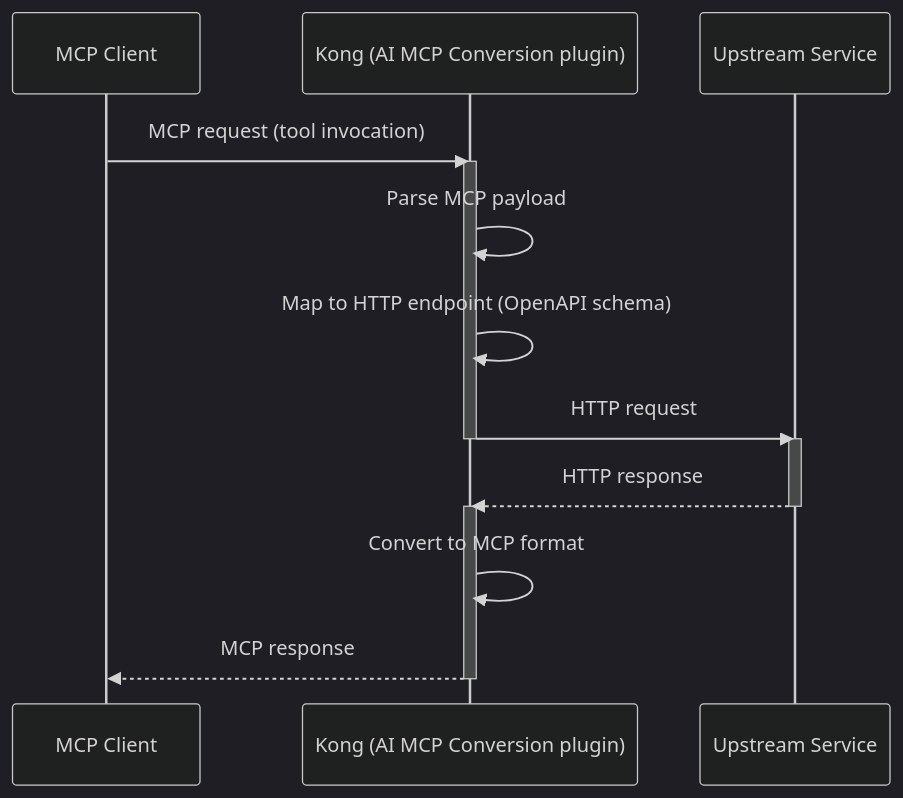
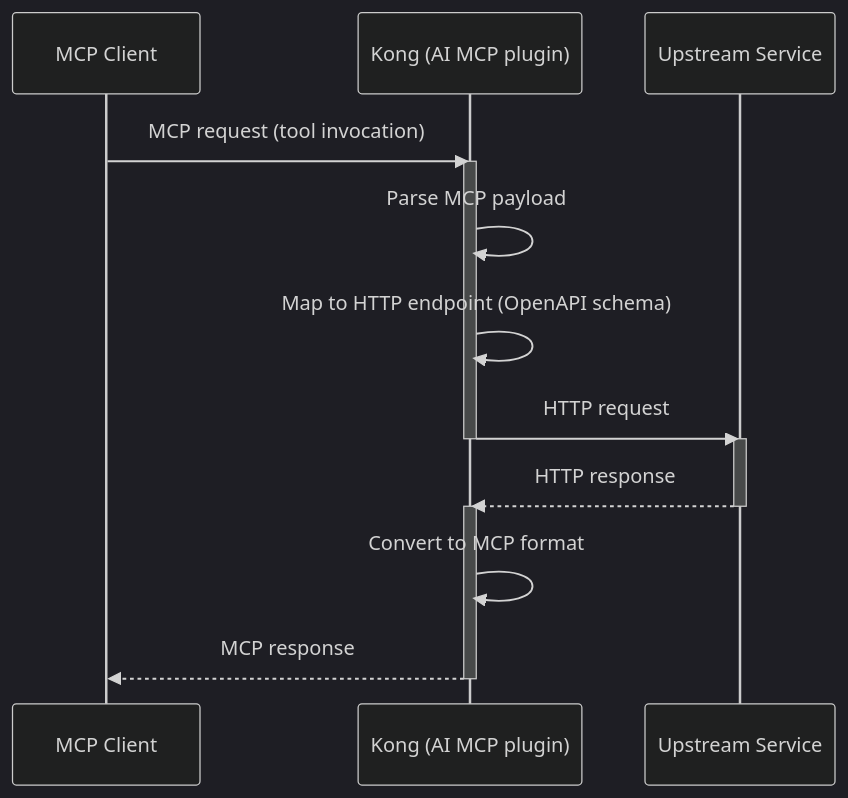
Before and after one commit to Kong/developer.konghq.com: the diagram in app/_kong_plugins/ai-mcp/index.md, drawn with Mermaid (dark theme). The commit also changed other lines of this file and 1 other file, not shown here.

Commit message:
Rename plugin

```diff
--- a/app/_kong_plugins/ai-mcp/index.md
+++ b/app/_kong_plugins/ai-mcp/index.md
@@ -111,20 +111,20 @@
 {% mermaid %}
 sequenceDiagram
     participant C as MCP Client
-    participant K as Kong (AI MCP Conversion plugin)
+    participant K as Kong (AI MCP plugin)
     participant U as Upstream Service
 
     C->>K: MCP request (tool invocation)
     activate K
     K->>K: Parse MCP payload
     K->>K: Map to HTTP endpoint (OpenAPI schema)
     K->>U: HTTP request
     deactivate K
     activate U
     U-->>K: HTTP response
     deactivate U
     activate K
     K->>K: Convert to MCP format
     K-->>C: MCP response
     deactivate K
 {% endmermaid %}
```
